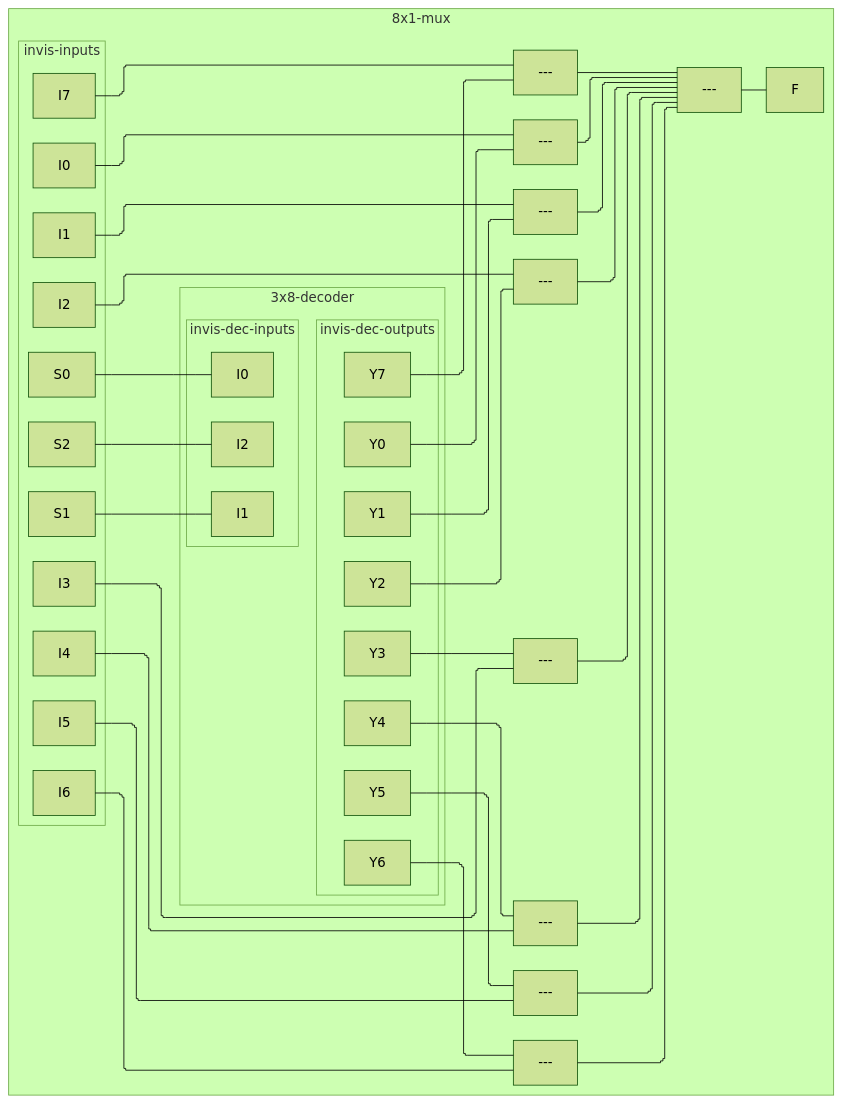
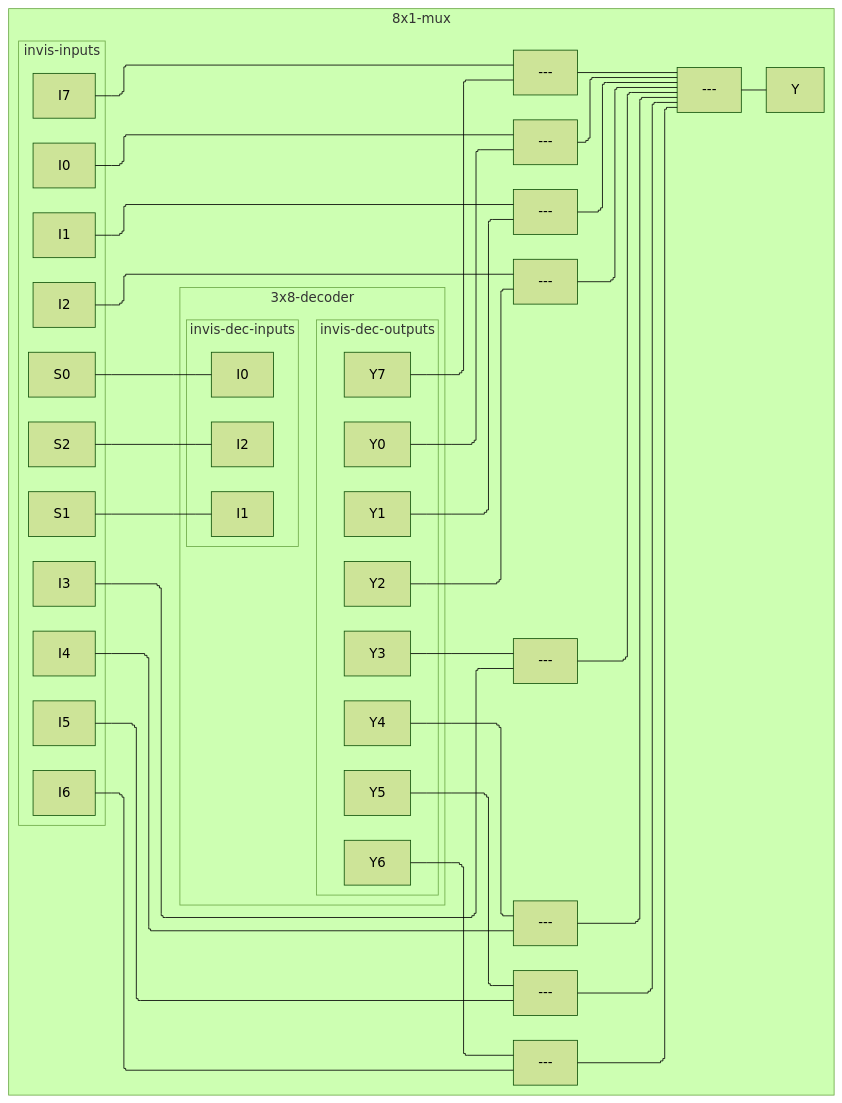
One commit to tnichols217/notes changed the fifth of 5 diagrams in CSDS 281 - Logic Design/HW/7/tables.md. Above: the diagram before and after it, drawn with Mermaid (forest theme). The commit also changed 2 other files, not shown here.

Commit message:
vault backup: 2024-03-27 12:23:14

````diff
--- a/CSDS 281 - Logic Design/HW/7/tables.md
+++ b/CSDS 281 - Logic Design/HW/7/tables.md
@@ -192,47 +192,47 @@
 ```mermaid
 %%{ init: { 'flowchart': { 'curve': 'stepBefore', "defaultRenderer": "elk" } } }%%
 flowchart LR
 subgraph 8x1-mux
 subgraph invis-inputs
 I0
 I1
 I2
 I3
 I4
 I5
 I6
 I7
 S0
 S1
 S2
 end
 subgraph 3x8-decoder
 subgraph invis-dec-inputs
 S0 --- I0d[I0]
 S1 --- I1d[I1]
 S2 --- I2d[I2]
 end
 subgraph invis-dec-outputs
 Y0
 Y1
 Y2
 Y3
 Y4
 Y5
 Y6
 Y7
 end
 invis-dec-inputs ~~~ invis-dec-outputs
 end
 I0 & Y0 --- and0[---]
 I1 & Y1 --- and1[---]
 I2 & Y2 --- and2[---]
 I3 & Y3 --- and3[---]
 I4 & Y4 --- and4[---]
 I5 & Y5 --- and5[---]
 I6 & Y6 --- and6[---]
 I7 & Y7 --- and7[---]
 and0 & and1 & and2 & and3 & and4 & and5 & and6 & and7 --- or1[---]
-or1 --- F
+or1 --- Y
 end
 ```
````
